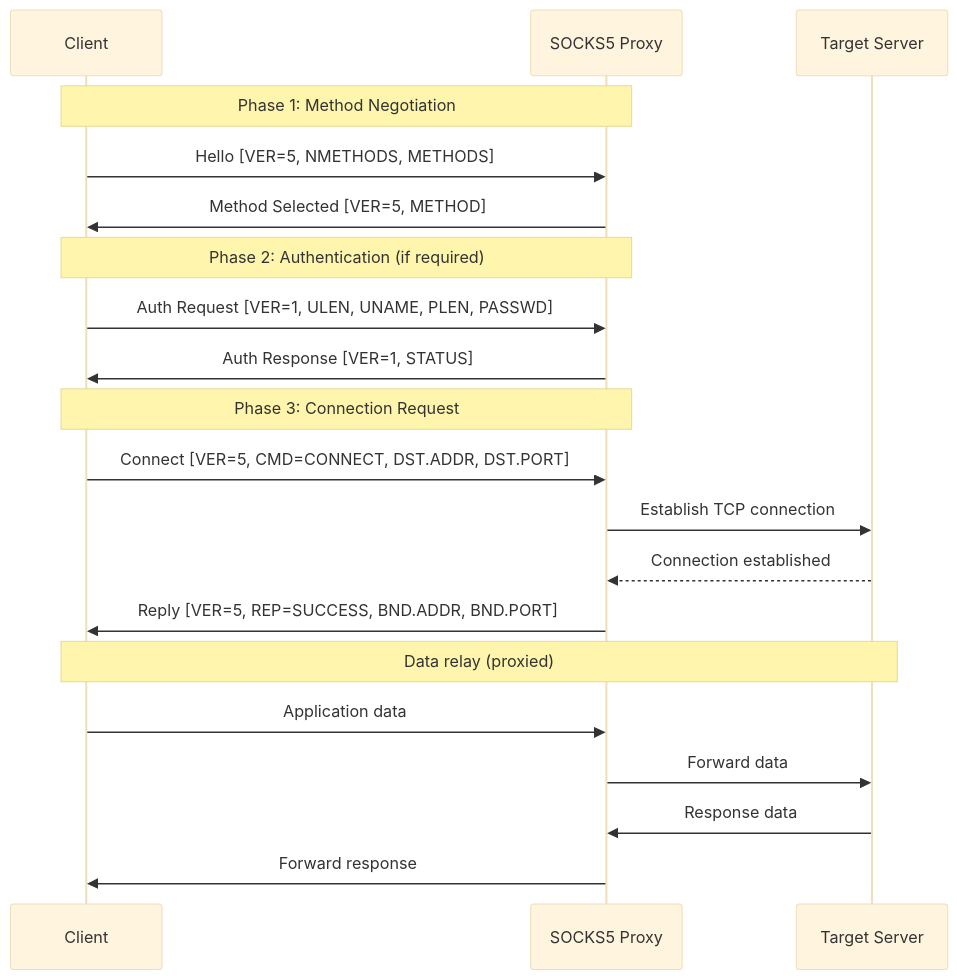
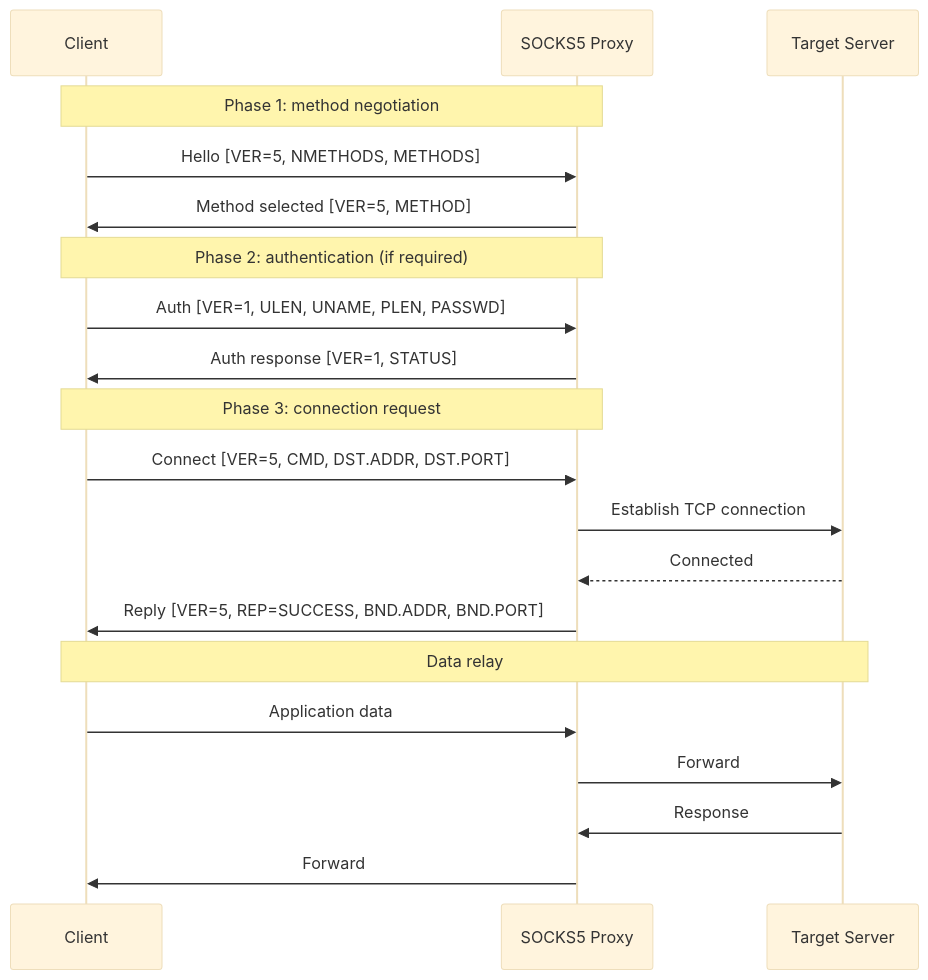
One commit to autoscrape-labs/pydoll changed the first of 2 diagrams in docs/en/deep-dive/network/socks-proxies.md. Above: the diagram before and after it, drawn with Mermaid (base theme). The commit also changed other lines of this file and 120 other files, not shown here.

````diff
--- a/docs/en/deep-dive/network/socks-proxies.md
+++ b/docs/en/deep-dive/network/socks-proxies.md
@@ -48,26 +36,26 @@
 ```mermaid
 sequenceDiagram
     participant Client
     participant SOCKS5 as SOCKS5 Proxy
     participant Server as Target Server
 
-    Note over Client,SOCKS5: Phase 1: Method Negotiation
+    Note over Client,SOCKS5: Phase 1: method negotiation
     Client->>SOCKS5: Hello [VER=5, NMETHODS, METHODS]
-    SOCKS5->>Client: Method Selected [VER=5, METHOD]
+    SOCKS5->>Client: Method selected [VER=5, METHOD]
 
-    Note over Client,SOCKS5: Phase 2: Authentication (if required)
-    Client->>SOCKS5: Auth Request [VER=1, ULEN, UNAME, PLEN, PASSWD]
-    SOCKS5->>Client: Auth Response [VER=1, STATUS]
+    Note over Client,SOCKS5: Phase 2: authentication (if required)
+    Client->>SOCKS5: Auth [VER=1, ULEN, UNAME, PLEN, PASSWD]
+    SOCKS5->>Client: Auth response [VER=1, STATUS]
 
-    Note over Client,SOCKS5: Phase 3: Connection Request
-    Client->>SOCKS5: Connect [VER=5, CMD=CONNECT, DST.ADDR, DST.PORT]
+    Note over Client,SOCKS5: Phase 3: connection request
+    Client->>SOCKS5: Connect [VER=5, CMD, DST.ADDR, DST.PORT]
     SOCKS5->>Server: Establish TCP connection
-    Server-->>SOCKS5: Connection established
+    Server-->>SOCKS5: Connected
     SOCKS5->>Client: Reply [VER=5, REP=SUCCESS, BND.ADDR, BND.PORT]
 
-    Note over Client,Server: Data relay (proxied)
+    Note over Client,Server: Data relay
     Client->>SOCKS5: Application data
-    SOCKS5->>Server: Forward data
-    Server->>SOCKS5: Response data
-    SOCKS5->>Client: Forward response
+    SOCKS5->>Server: Forward
+    Server->>SOCKS5: Response
+    SOCKS5->>Client: Forward
 ```
````
